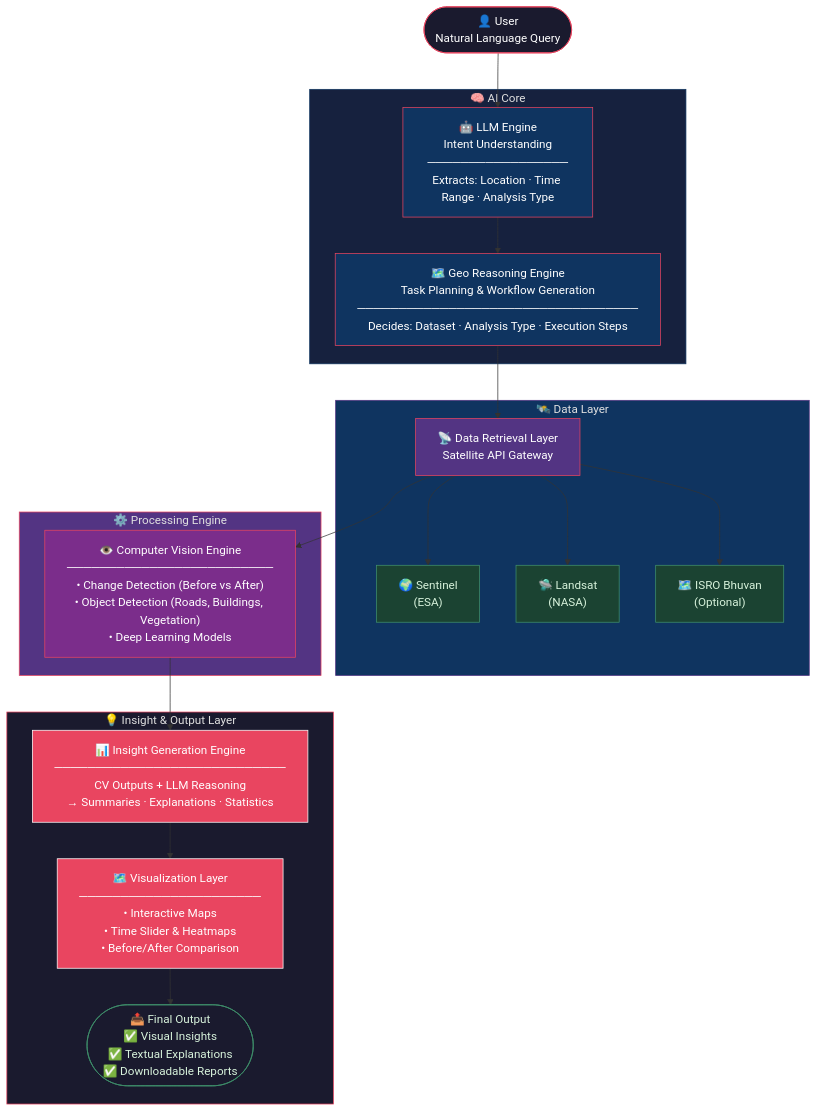
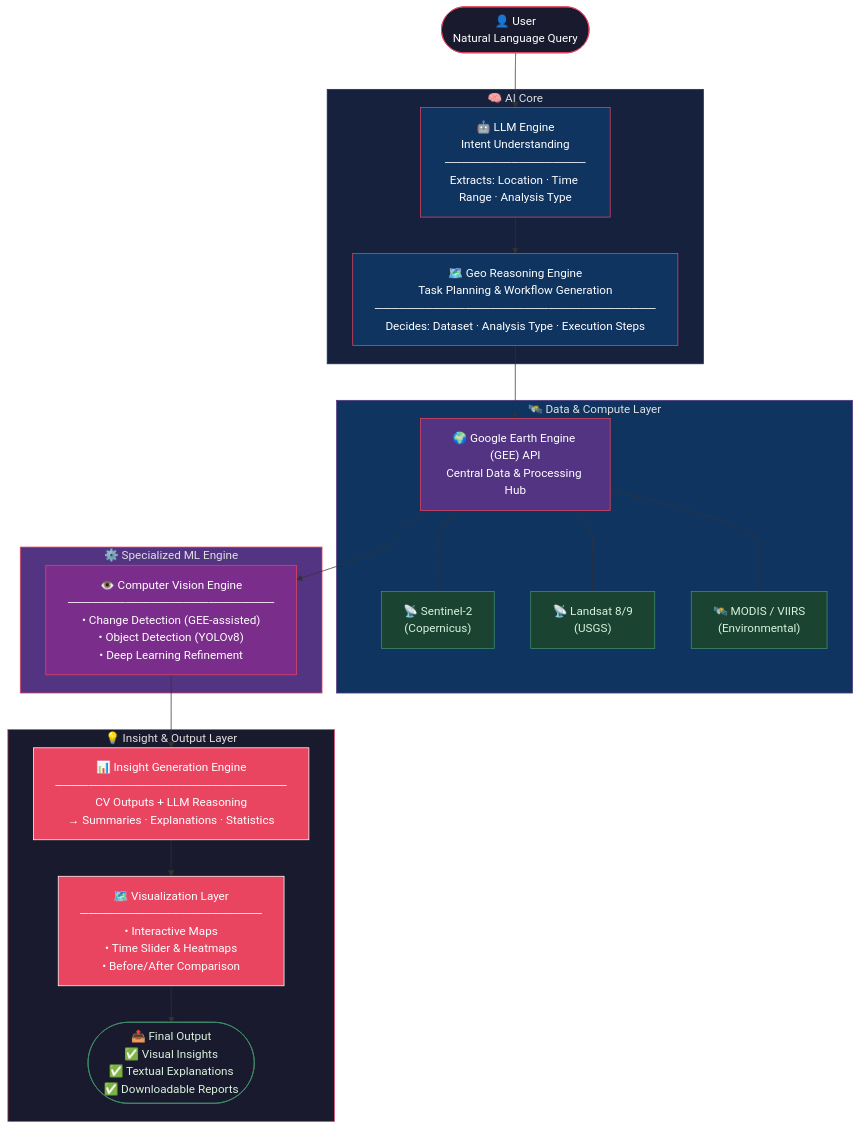
The first of 3 diagrams in Readme.MD (gouthamlingoju/Design-A-Thon), drawn with Mermaid before and after one commit. The commit also changed other lines of this file, not shown here.

````diff
--- a/Readme.MD
+++ b/Readme.MD
@@ -19,49 +19,49 @@
 ```mermaid
 flowchart TD
     A([👤 User\nNatural Language Query]) --> B
 
     subgraph AI_CORE["🧠 AI Core"]
         B["🤖 LLM Engine\nIntent Understanding\n─────────────────\nExtracts: Location · Time Range · Analysis Type"]
         B --> C["🗺️ Geo Reasoning Engine\nTask Planning & Workflow Generation\n──────────────────────────────────\nDecides: Dataset · Analysis Type · Execution Steps"]
     end
 
-    subgraph DATA_LAYER["🛰️ Data Layer"]
-        D["📡 Data Retrieval Layer\nSatellite API Gateway"]
-        E1["🌍 Sentinel\n(ESA)"]
-        E2["🛸 Landsat\n(NASA)"]
-        E3["🗺️ ISRO Bhuvan\n(Optional)"]
-        D --> E1 & E2 & E3
+    subgraph DATA_LAYER["🛰️ Data & Compute Layer"]
+        D["🌍 Google Earth Engine (GEE) API\nCentral Data & Processing Hub"]
+        E1["📡 Sentinel-2\n(Copernicus)"]
+        E2["📡 Landsat 8/9\n(USGS)"]
+        E3["🛰️ MODIS / VIIRS\n(Environmental)"]
+        D --- E1 & E2 & E3
     end
 
-    subgraph PROCESSING["⚙️ Processing Engine"]
-        F["👁️ Computer Vision Engine\n─────────────────────────\n• Change Detection (Before vs After)\n• Object Detection (Roads, Buildings, Vegetation)\n• Deep Learning Models"]
+    subgraph PROCESSING["⚙️ Specialized ML Engine"]
+        F["👁️ Computer Vision Engine\n─────────────────────────\n• Change Detection (GEE-assisted)\n• Object Detection (YOLOv8)\n• Deep Learning Refinement"]
     end
 
     subgraph INSIGHT["💡 Insight & Output Layer"]
         G["📊 Insight Generation Engine\n────────────────────────────\nCV Outputs + LLM Reasoning\n→ Summaries · Explanations · Statistics"]
         H["🗺️ Visualization Layer\n──────────────────────\n• Interactive Maps\n• Time Slider & Heatmaps\n• Before/After Comparison"]
         I(["📤 Final Output\n✅ Visual Insights\n✅ Textual Explanations\n✅ Downloadable Reports"])
     end
 
     C --> D
     D --> F
     F --> G
     G --> H
     H --> I
 
     style A fill:#1a1a2e,stroke:#e94560,color:#fff,rx:50
     style AI_CORE fill:#16213e,stroke:#0f3460,color:#e0e0e0
     style DATA_LAYER fill:#0f3460,stroke:#533483,color:#e0e0e0
     style PROCESSING fill:#533483,stroke:#e94560,color:#e0e0e0
     style INSIGHT fill:#1a1a2e,stroke:#e94560,color:#e0e0e0
     style B fill:#0f3460,stroke:#e94560,color:#fff
     style C fill:#0f3460,stroke:#e94560,color:#fff
     style D fill:#533483,stroke:#e94560,color:#fff
     style E1 fill:#1b4332,stroke:#40916c,color:#d8f3dc
     style E2 fill:#1b4332,stroke:#40916c,color:#d8f3dc
     style E3 fill:#1b4332,stroke:#40916c,color:#d8f3dc
     style F fill:#7b2d8b,stroke:#e94560,color:#fff
     style G fill:#e94560,stroke:#fff,color:#fff
     style H fill:#e94560,stroke:#fff,color:#fff
     style I fill:#1a1a2e,stroke:#40916c,color:#d8f3dc,rx:50
 ```
````
